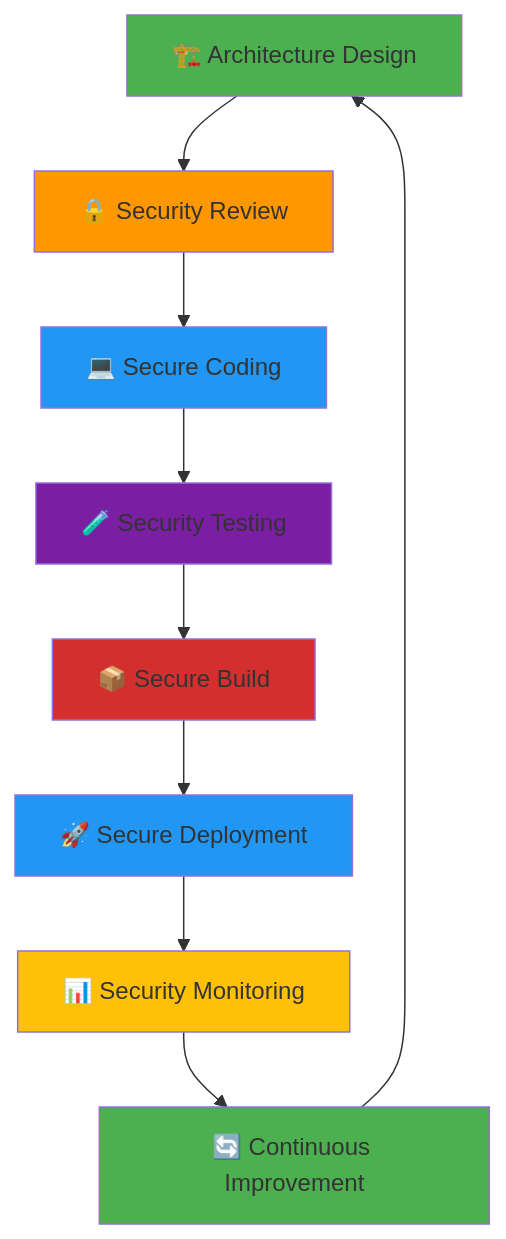
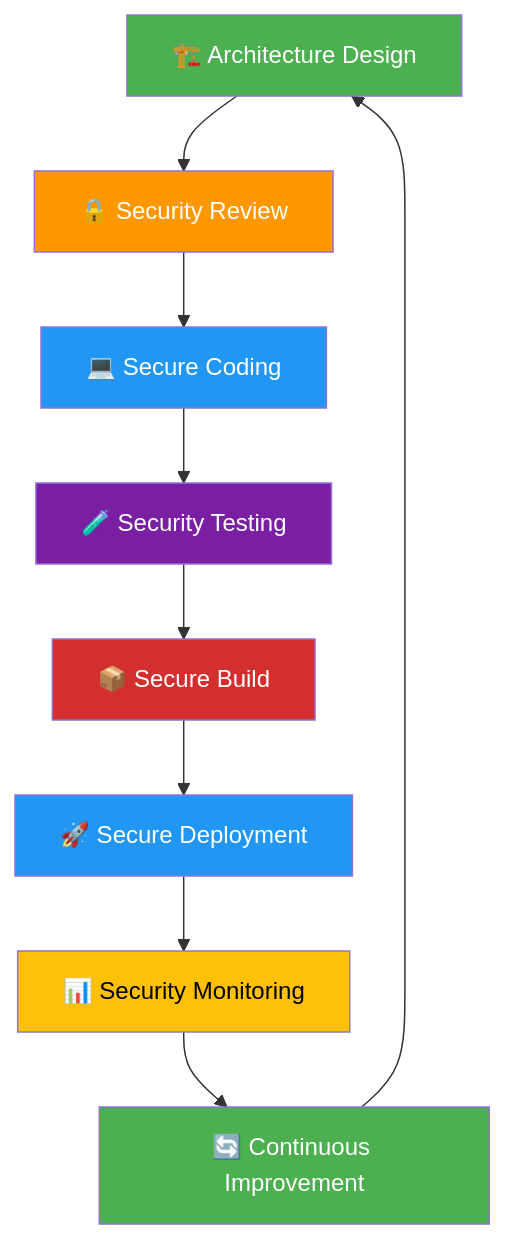
Before and after one commit to Hack23/cia-compliance-manager: the first of 9 diagrams in ISMS_IMPLEMENTATION_GUIDE.md, drawn with Mermaid. The commit also changed other lines of this file and 6 other files, not shown here.

````diff
--- a/ISMS_IMPLEMENTATION_GUIDE.md
+++ b/ISMS_IMPLEMENTATION_GUIDE.md
@@ -64,20 +64,20 @@
 ```mermaid
 graph TD
     A[🏗️ Architecture Design] --> B[🔒 Security Review]
     B --> C[💻 Secure Coding]
     C --> D[🧪 Security Testing]
     D --> E[📦 Secure Build]
     E --> F[🚀 Secure Deployment]
     F --> G[📊 Security Monitoring]
     G --> H[🔄 Continuous Improvement]
     H --> A
     
-    style A fill:#4CAF50
-    style B fill:#FF9800
-    style C fill:#2196F3
-    style D fill:#7B1FA2
-    style E fill:#D32F2F
-    style F fill:#2196F3
-    style G fill:#FFC107
-    style H fill:#4CAF50
+    style A fill:#4CAF50,color:#ffffff
+    style B fill:#FF9800,color:#ffffff
+    style C fill:#2196F3,color:#ffffff
+    style D fill:#7B1FA2,color:#ffffff
+    style E fill:#D32F2F,color:#ffffff
+    style F fill:#2196F3,color:#ffffff
+    style G fill:#FFC107,color:#000000
+    style H fill:#4CAF50,color:#ffffff
 ```
````
